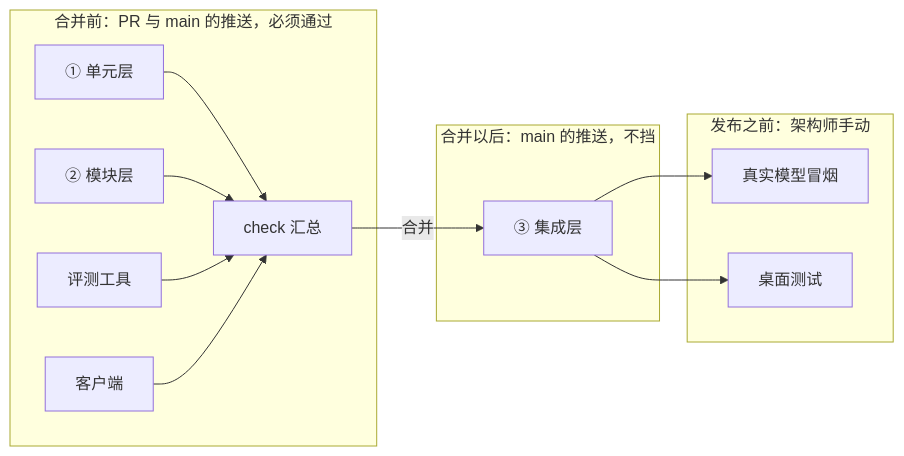
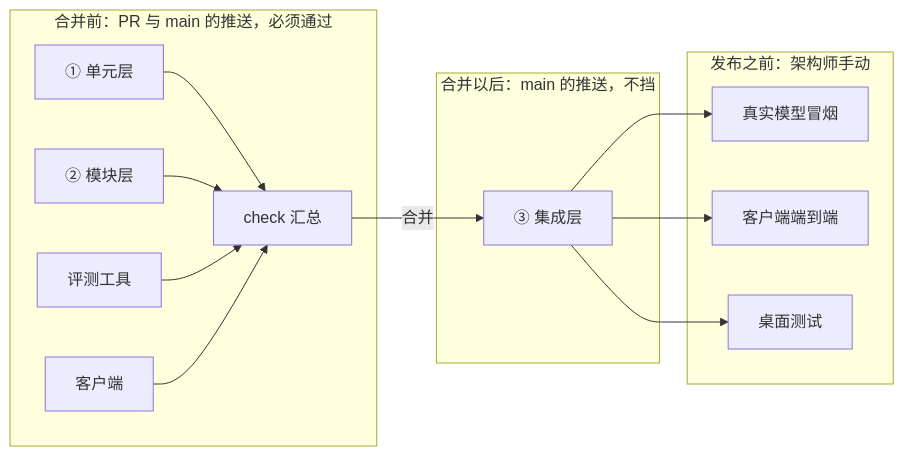
Before and after one commit to bender2333/yudao: the second of 3 diagrams in docs/design/test-pyramid.md, drawn with Mermaid. The commit also changed other lines of this file and 5 other files, not shown here.

````diff
--- a/docs/design/test-pyramid.md
+++ b/docs/design/test-pyramid.md
@@ -136,18 +138,20 @@
 ```mermaid
 flowchart LR
     subgraph pre [合并前：PR 与 main 的推送，必须通过]
         U[① 单元层] --> C[check 汇总]
         M[② 模块层] --> C
         E[评测工具] --> C
         K[客户端] --> C
     end
     subgraph post [合并以后：main 的推送，不挡]
         I[③ 集成层]
     end
     subgraph release [发布之前：架构师手动]
         R[真实模型冒烟]
+        W[客户端端到端]
         D[桌面测试]
     end
     C -- 合并 --> I --> R
+    I --> W
     I --> D
 ```
````
